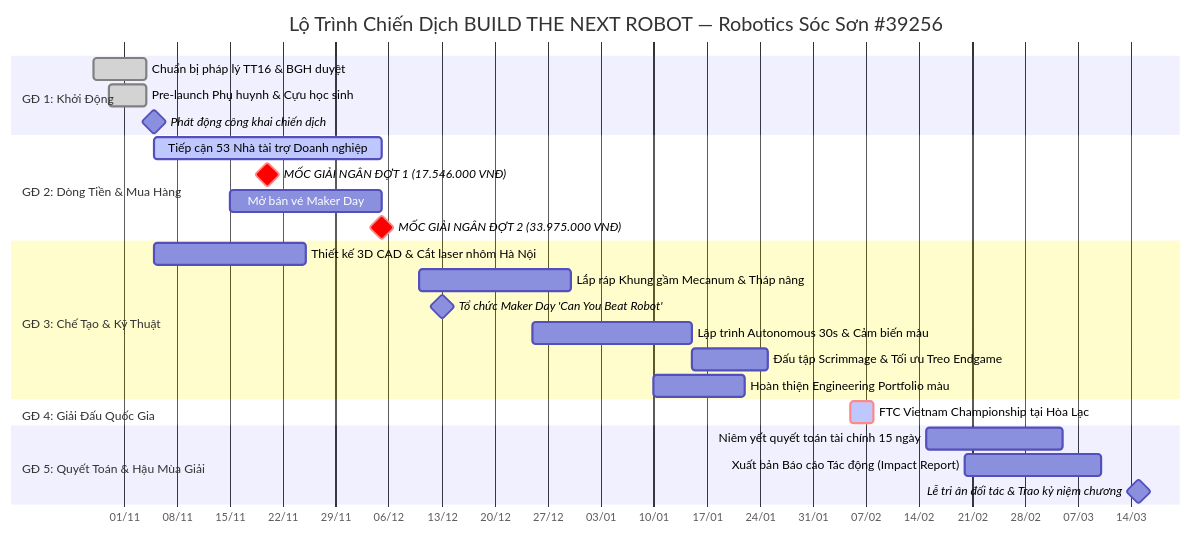
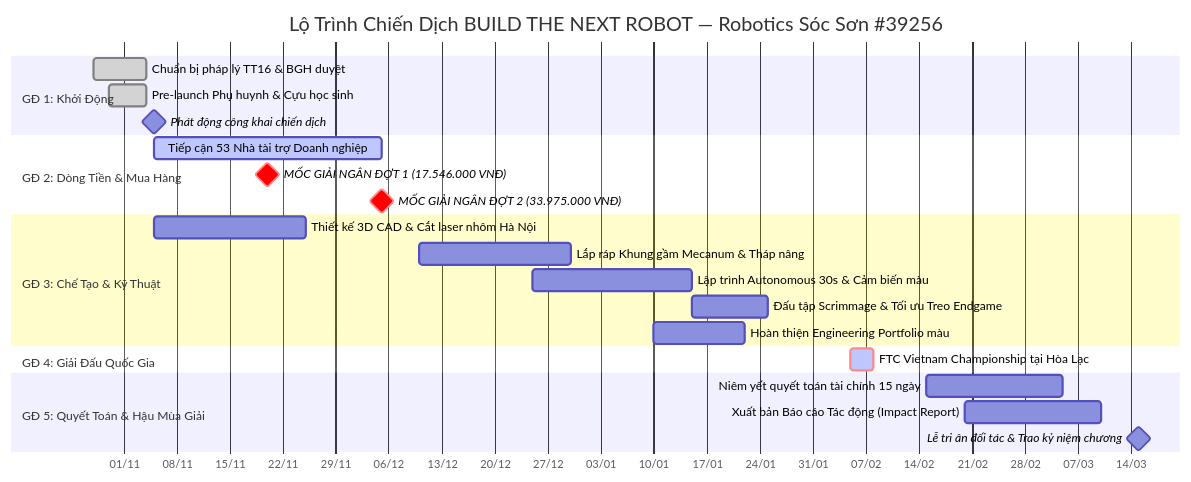
One commit to Minhmice/roboticssocson changed the first of 5 diagrams in docs/campaign-2026-2027/13-lo-trinh-phan-cong-kpi-rui-ro.md. Above: the diagram before and after it, drawn with Mermaid. The commit also changed other lines of this file and 367 other files, not shown here.

````diff
--- a/docs/campaign-2026-2027/13-lo-trinh-phan-cong-kpi-rui-ro.md
+++ b/docs/campaign-2026-2027/13-lo-trinh-phan-cong-kpi-rui-ro.md
@@ -12,28 +12,26 @@
 ```mermaid
 gantt
     title Lộ Trình Chiến Dịch BUILD THE NEXT ROBOT — Robotics Sóc Sơn #39256
     dateFormat  YYYY-MM-DD
     axisFormat  %d/%m
     section GĐ 1: Khởi Động
     Chuẩn bị pháp lý TT16 & BGH duyệt        :done, p1, 2026-10-28, 2026-11-04
     Pre-launch Phụ huynh & Cựu học sinh      :done, p2, 2026-10-30, 2026-11-04
     Phát động công khai chiến dịch           :milestone, m_launch, 2026-11-05, 0d
     section GĐ 2: Dòng Tiền & Mua Hàng
     Tiếp cận 53 Nhà tài trợ Doanh nghiệp     :active, p3, 2026-11-05, 2026-12-05
     MỐC GIẢI NGÂN ĐỢT 1 (17.546.000 VNĐ)     :crit, milestone, m_ord1, 2026-11-20, 0d
-    Mở bán vé Maker Day                     :p4, 2026-11-15, 2026-12-05
     MỐC GIẢI NGÂN ĐỢT 2 (33.975.000 VNĐ)     :crit, milestone, m_ord2, 2026-12-05, 0d
     section GĐ 3: Chế Tạo & Kỹ Thuật
     Thiết kế 3D CAD & Cắt laser nhôm Hà Nội :p5, 2026-11-05, 2026-11-25
     Lắp ráp Khung gầm Mecanum & Tháp nâng   :p6, 2026-12-10, 2026-12-30
-    Tổ chức Maker Day 'Can You Beat Robot'   :milestone, m_maker, 2026-12-13, 0d
     Lập trình Autonomous 30s & Cảm biến màu :p7, 2026-12-25, 2027-01-15
     Đấu tập Scrimmage & Tối ưu Treo Endgame  :p8, 2027-01-15, 2027-01-25
     Hoàn thiện Engineering Portfolio màu     :p9, 2027-01-10, 2027-01-22
     section GĐ 4: Giải Đấu Quốc Gia
     FTC Vietnam Championship tại Hòa Lạc    :crit, active, vncmp, 2027-02-05, 3d
     section GĐ 5: Quyết Toán & Hậu Mùa Giải
     Niêm yết quyết toán tài chính 15 ngày    :p10, 2027-02-15, 2027-03-05
     Xuất bản Báo cáo Tác động (Impact Report):p11, 2027-02-20, 2027-03-10
     Lễ tri ân đối tác & Trao kỷ niệm chương  :milestone, m_gala, 2027-03-15, 0d
 ```
````
